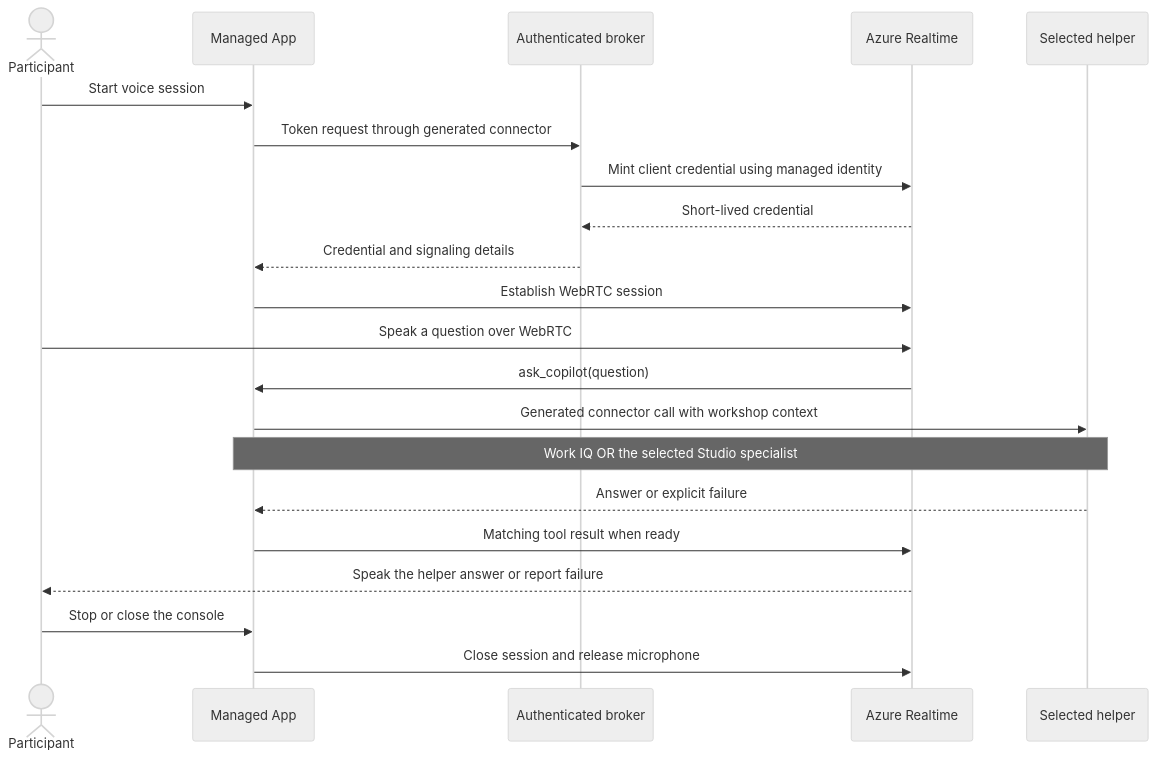
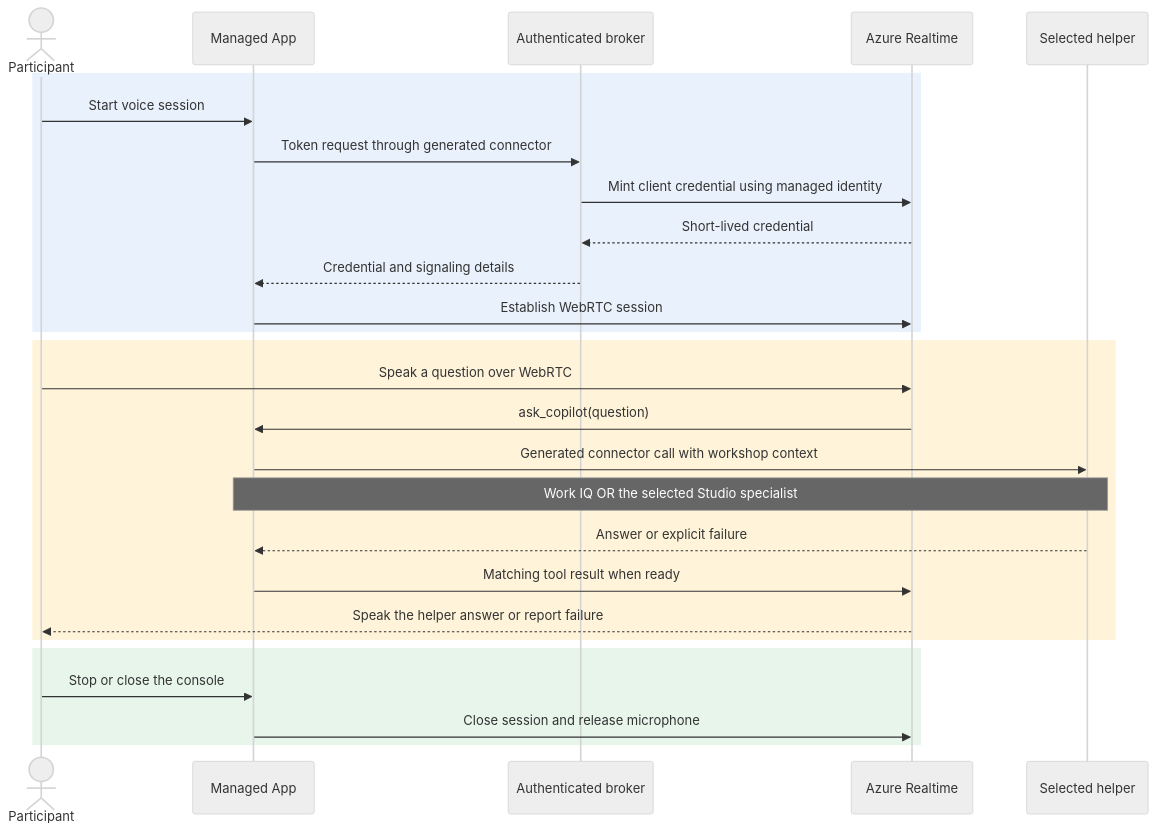
The second of 2 diagrams in README.md (Roelzz/code_app_voice), drawn with Mermaid (neutral theme) before and after one commit. The commit also changed other lines of this file, not shown here.

Commit message:
docs: restore diagram role and phase colors

````diff
--- a/README.md
+++ b/README.md
@@ -57,23 +66,29 @@
 ```mermaid
 sequenceDiagram
     actor User as Participant
     participant App as Managed App
     participant Broker as Authenticated broker
     participant RT as Azure Realtime
     participant Helper as Selected helper
-    User->>App: Start voice session
-    App->>Broker: Token request through generated connector
-    Broker->>RT: Mint client credential using managed identity
-    RT-->>Broker: Short-lived credential
-    Broker-->>App: Credential and signaling details
-    App->>RT: Establish WebRTC session
-    User->>RT: Speak a question over WebRTC
-    RT->>App: ask_copilot(question)
-    App->>Helper: Generated connector call with workshop context
-    Note over App,Helper: Work IQ OR the selected Studio specialist
-    Helper-->>App: Answer or explicit failure
-    App->>RT: Matching tool result when ready
-    RT-->>User: Speak the helper answer or report failure
-    User->>App: Stop or close the console
-    App->>RT: Close session and release microphone
+    rect rgb(233, 241, 252)
+        User->>App: Start voice session
+        App->>Broker: Token request through generated connector
+        Broker->>RT: Mint client credential using managed identity
+        RT-->>Broker: Short-lived credential
+        Broker-->>App: Credential and signaling details
+        App->>RT: Establish WebRTC session
+    end
+    rect rgb(255, 244, 218)
+        User->>RT: Speak a question over WebRTC
+        RT->>App: ask_copilot(question)
+        App->>Helper: Generated connector call with workshop context
+        Note over App,Helper: Work IQ OR the selected Studio specialist
+        Helper-->>App: Answer or explicit failure
+        App->>RT: Matching tool result when ready
+        RT-->>User: Speak the helper answer or report failure
+    end
+    rect rgb(231, 245, 235)
+        User->>App: Stop or close the console
+        App->>RT: Close session and release microphone
+    end
 ```
````
